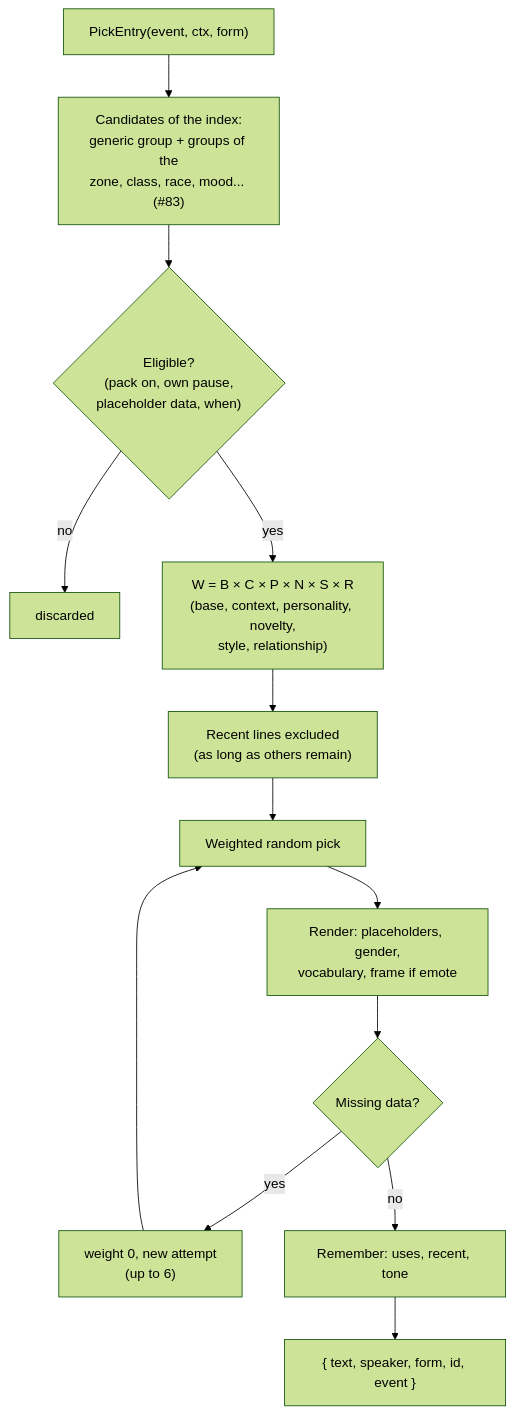
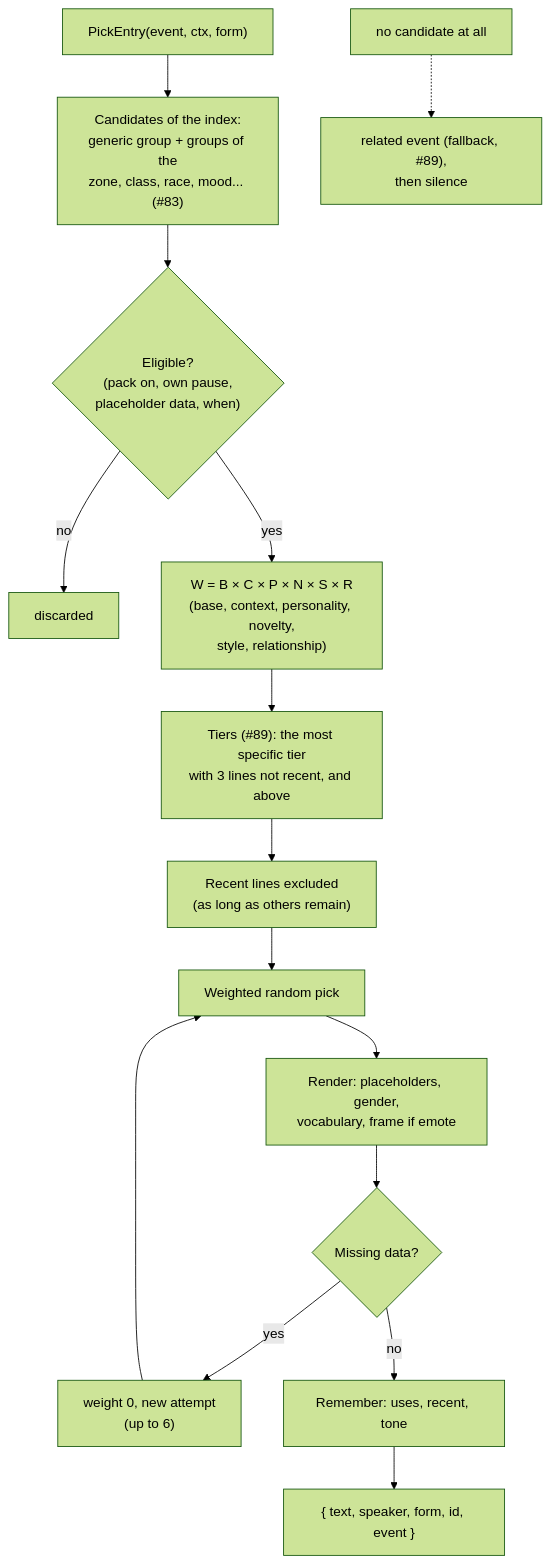
Before and after one commit to Finland6738/azeroth-unspoken: the fifth of 17 diagrams in docs/ARCHITECTURE.md, drawn with Mermaid (forest theme). The commit also changed other lines of this file and 50 other files, not shown here.

````diff
--- a/docs/ARCHITECTURE.md
+++ b/docs/ARCHITECTURE.md
@@ -299,15 +302,17 @@
 ```mermaid
 flowchart TD
     A["PickEntry(event, ctx, form)"] --> B["Candidates of the index:<br/>generic group + groups of the<br/>zone, class, race, mood... (#83)"]
     B --> C{"Eligible?<br/>(pack on, own pause,<br/>placeholder data, when)"}
     C -- no --> X["discarded"]
     C -- yes --> D["W = B × C × P × N × S × R<br/>(base, context, personality, novelty,<br/>style, relationship)"]
-    D --> E["Recent lines excluded<br/>(as long as others remain)"]
+    D --> T["Tiers (#89): the most specific tier<br/>with 3 lines not recent, and above"]
+    T --> E["Recent lines excluded<br/>(as long as others remain)"]
     E --> F["Weighted random pick"]
     F --> G["Render: placeholders, gender,<br/>vocabulary, frame if emote"]
     G --> H{"Missing data?"}
     H -- yes --> I["weight 0, new attempt<br/>(up to 6)"]
     I --> F
     H -- no --> J["Remember: uses, recent, tone"]
     J --> K["{ text, speaker, form, id, event }"]
+    X2["no candidate at all"] -.-> FB["related event (fallback, #89),<br/>then silence"]
 ```
````
